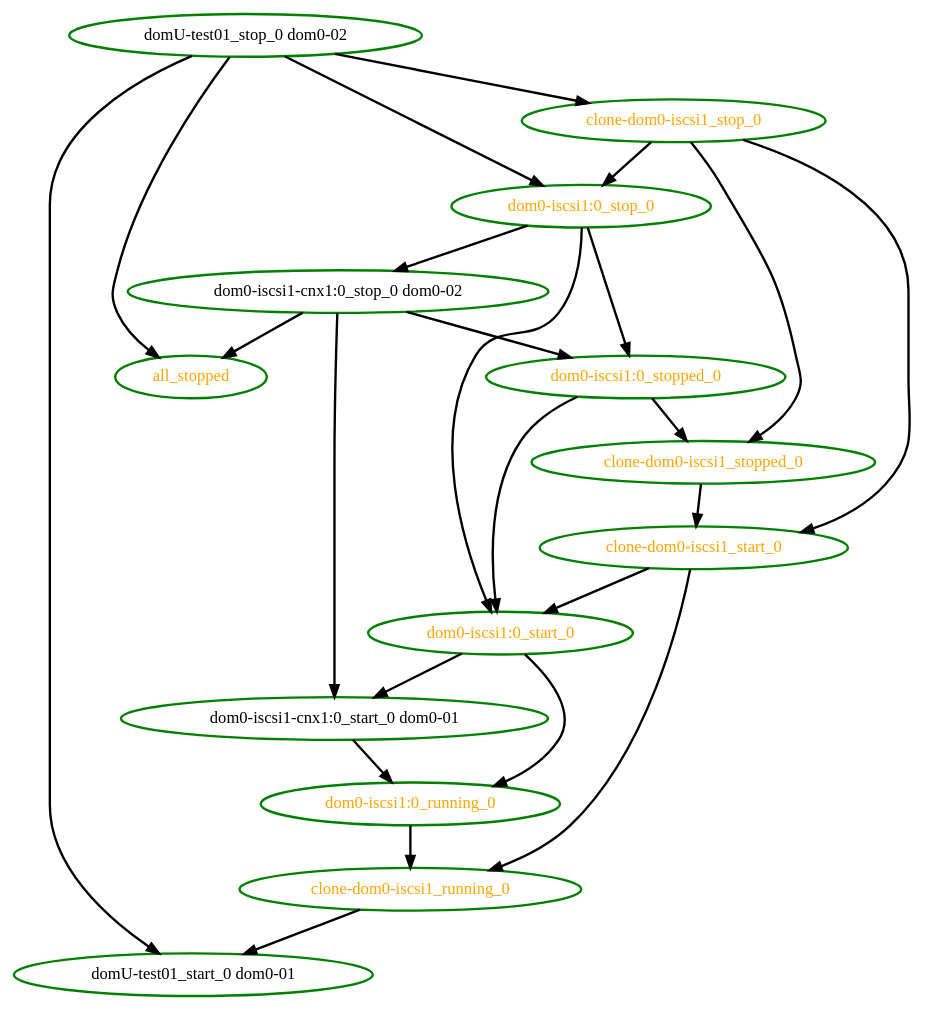
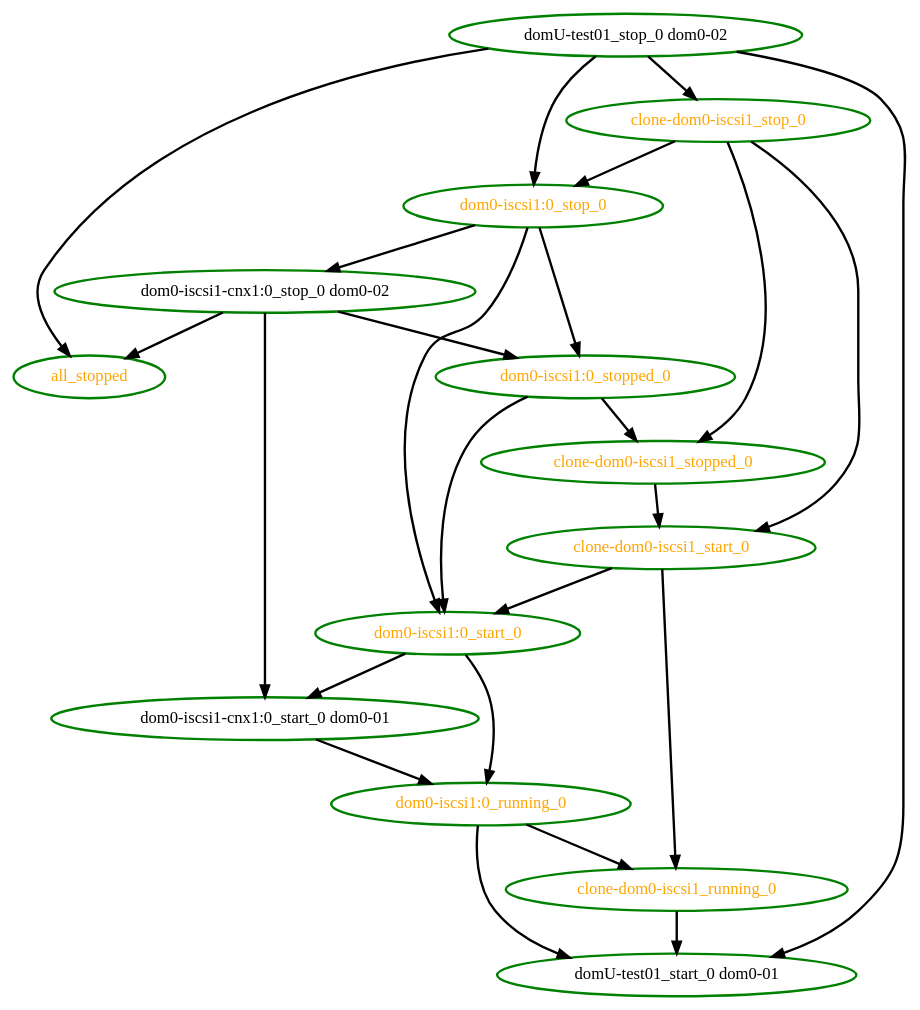
The diagram in pengine/test10/migrate-stop_start.dot (linux-ha-japan/pm_diskd), drawn with Graphviz before and after one commit. The commit also changed 13 other files, not shown here.

```diff
--- a/pengine/test10/migrate-stop_start.dot
+++ b/pengine/test10/migrate-stop_start.dot
@@ -1,38 +1,39 @@
 digraph "g" {
 "all_stopped" [ style=bold color="green" fontcolor="orange"  ]
 "clone-dom0-iscsi1_running_0" -> "domU-test01_start_0 dom0-01" [ style = bold]
 "clone-dom0-iscsi1_running_0" [ style=bold color="green" fontcolor="orange"  ]
 "clone-dom0-iscsi1_start_0" -> "clone-dom0-iscsi1_running_0" [ style = bold]
 "clone-dom0-iscsi1_start_0" -> "dom0-iscsi1:0_start_0" [ style = bold]
 "clone-dom0-iscsi1_start_0" [ style=bold color="green" fontcolor="orange"  ]
 "clone-dom0-iscsi1_stop_0" -> "clone-dom0-iscsi1_start_0" [ style = bold]
 "clone-dom0-iscsi1_stop_0" -> "clone-dom0-iscsi1_stopped_0" [ style = bold]
 "clone-dom0-iscsi1_stop_0" -> "dom0-iscsi1:0_stop_0" [ style = bold]
 "clone-dom0-iscsi1_stop_0" [ style=bold color="green" fontcolor="orange"  ]
 "clone-dom0-iscsi1_stopped_0" -> "clone-dom0-iscsi1_start_0" [ style = bold]
 "clone-dom0-iscsi1_stopped_0" [ style=bold color="green" fontcolor="orange"  ]
 "dom0-iscsi1-cnx1:0_start_0 dom0-01" -> "dom0-iscsi1:0_running_0" [ style = bold]
 "dom0-iscsi1-cnx1:0_start_0 dom0-01" [ style=bold color="green" fontcolor="black"  ]
 "dom0-iscsi1-cnx1:0_stop_0 dom0-02" -> "all_stopped" [ style = bold]
 "dom0-iscsi1-cnx1:0_stop_0 dom0-02" -> "dom0-iscsi1-cnx1:0_start_0 dom0-01" [ style = bold]
 "dom0-iscsi1-cnx1:0_stop_0 dom0-02" -> "dom0-iscsi1:0_stopped_0" [ style = bold]
 "dom0-iscsi1-cnx1:0_stop_0 dom0-02" [ style=bold color="green" fontcolor="black"  ]
 "dom0-iscsi1:0_running_0" -> "clone-dom0-iscsi1_running_0" [ style = bold]
+"dom0-iscsi1:0_running_0" -> "domU-test01_start_0 dom0-01" [ style = bold]
 "dom0-iscsi1:0_running_0" [ style=bold color="green" fontcolor="orange"  ]
 "dom0-iscsi1:0_start_0" -> "dom0-iscsi1-cnx1:0_start_0 dom0-01" [ style = bold]
 "dom0-iscsi1:0_start_0" -> "dom0-iscsi1:0_running_0" [ style = bold]
 "dom0-iscsi1:0_start_0" [ style=bold color="green" fontcolor="orange"  ]
 "dom0-iscsi1:0_stop_0" -> "dom0-iscsi1-cnx1:0_stop_0 dom0-02" [ style = bold]
 "dom0-iscsi1:0_stop_0" -> "dom0-iscsi1:0_start_0" [ style = bold]
 "dom0-iscsi1:0_stop_0" -> "dom0-iscsi1:0_stopped_0" [ style = bold]
 "dom0-iscsi1:0_stop_0" [ style=bold color="green" fontcolor="orange"  ]
 "dom0-iscsi1:0_stopped_0" -> "clone-dom0-iscsi1_stopped_0" [ style = bold]
 "dom0-iscsi1:0_stopped_0" -> "dom0-iscsi1:0_start_0" [ style = bold]
 "dom0-iscsi1:0_stopped_0" [ style=bold color="green" fontcolor="orange"  ]
 "domU-test01_start_0 dom0-01" [ style=bold color="green" fontcolor="black"  ]
 "domU-test01_stop_0 dom0-02" -> "all_stopped" [ style = bold]
 "domU-test01_stop_0 dom0-02" -> "clone-dom0-iscsi1_stop_0" [ style = bold]
 "domU-test01_stop_0 dom0-02" -> "dom0-iscsi1:0_stop_0" [ style = bold]
 "domU-test01_stop_0 dom0-02" -> "domU-test01_start_0 dom0-01" [ style = bold]
 "domU-test01_stop_0 dom0-02" [ style=bold color="green" fontcolor="black"  ]
 }
```
